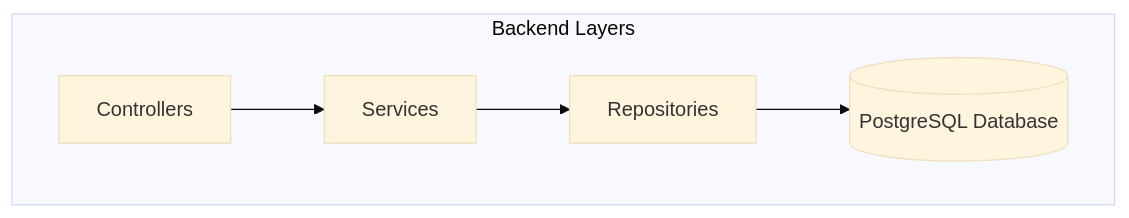
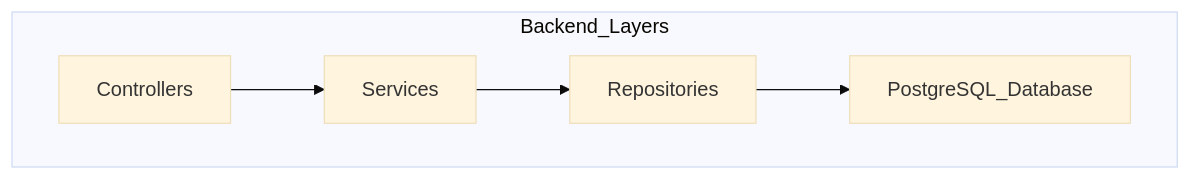
One commit to aharoJ/barbershop changed the second of 3 diagrams in backend/README.md. Above: the diagram before and after it, drawn with Mermaid (base theme). The commit also changed other lines of this file and 2 other files, not shown here.

````diff
--- a/backend/README.md
+++ b/backend/README.md
@@ -56,8 +80,8 @@
 ```mermaid
 graph TD
-  subgraph "Backend Layers"
-    A[Controllers] --> B[Services]
-    B --> C[Repositories]
-    C --> D[(PostgreSQL Database)]
+  subgraph Backend_Layers
+    Controllers --> Services
+    Services --> Repositories
+    Repositories --> PostgreSQL_Database
   end
 ```
````
